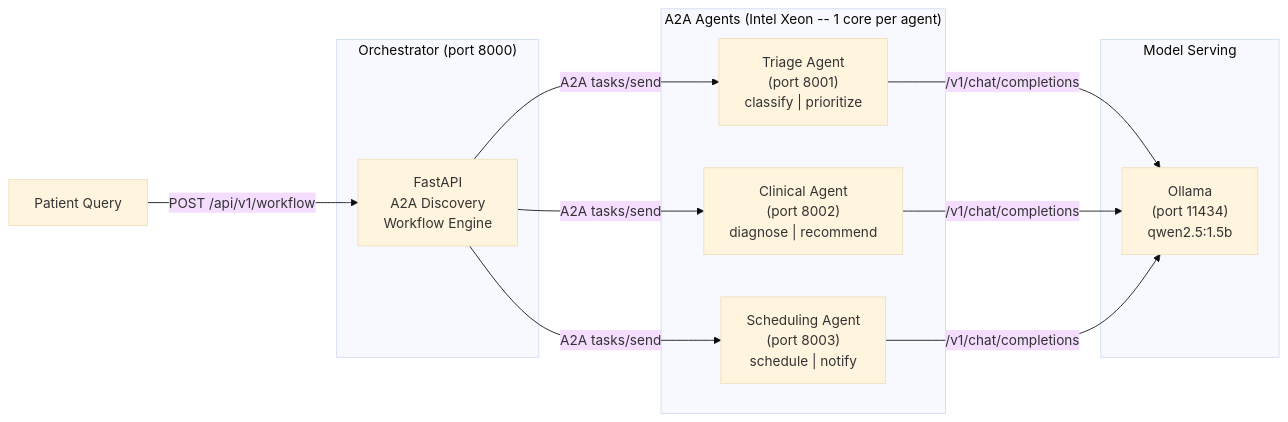
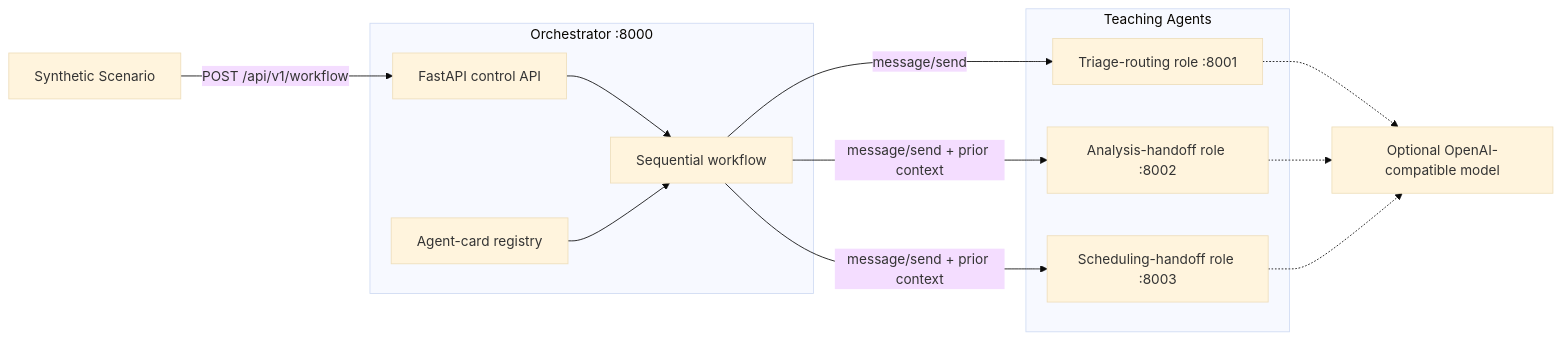
The diagram in README.md (jkershawrh/multi-agent-health-assistant), drawn with Mermaid (base theme) before and after one commit. The commit also changed other lines of this file and 28 other files, not shown here.

````diff
--- a/README.md
+++ b/README.md
@@ -56,26 +62,28 @@
 ```mermaid
 flowchart LR
-    Patient["Patient Query"]
+    INPUT["Synthetic Scenario"]
 
-    subgraph Orchestrator["Orchestrator (port 8000)"]
-        ORC["FastAPI\nA2A Discovery\nWorkflow Engine"]
+    subgraph Orchestrator["Orchestrator :8000"]
+        API["FastAPI control API"]
+        REG["Agent-card registry"]
+        FLOW["Sequential workflow"]
+        API --> FLOW
+        REG --> FLOW
     end
 
-    subgraph Agents["A2A Agents (Intel Xeon -- 1 core per agent)"]
-        TA["Triage Agent\n(port 8001)\nclassify | prioritize"]
-        CA["Clinical Agent\n(port 8002)\ndiagnose | recommend"]
-        SA["Scheduling Agent\n(port 8003)\nschedule | notify"]
+    subgraph Agents["Teaching Agents"]
+        TRIAGE["Triage-routing role :8001"]
+        CLINICAL["Analysis-handoff role :8002"]
+        SCHEDULING["Scheduling-handoff role :8003"]
     end
 
-    subgraph LLM["Model Serving"]
-        OL["Ollama\n(port 11434)\nqwen2.5:1.5b"]
-    end
+    MODEL["Optional OpenAI-compatible model"]
 
-    Patient -->|"POST /api/v1/workflow"| ORC
-    ORC -->|"A2A tasks/send"| TA
-    ORC -->|"A2A tasks/send"| CA
-    ORC -->|"A2A tasks/send"| SA
-    TA -->|"/v1/chat/completions"| OL
-    CA -->|"/v1/chat/completions"| OL
-    SA -->|"/v1/chat/completions"| OL
+    INPUT -->|"POST /api/v1/workflow"| API
+    FLOW -->|"message/send"| TRIAGE
+    FLOW -->|"message/send + prior context"| CLINICAL
+    FLOW -->|"message/send + prior context"| SCHEDULING
+    TRIAGE -.-> MODEL
+    CLINICAL -.-> MODEL
+    SCHEDULING -.-> MODEL
 ```
````
